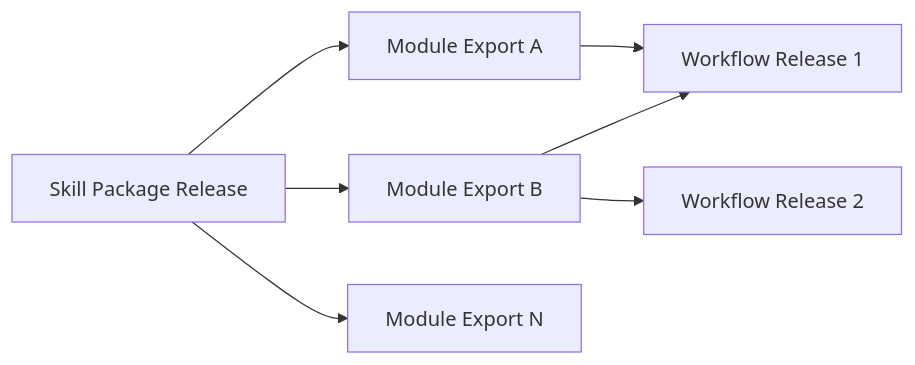
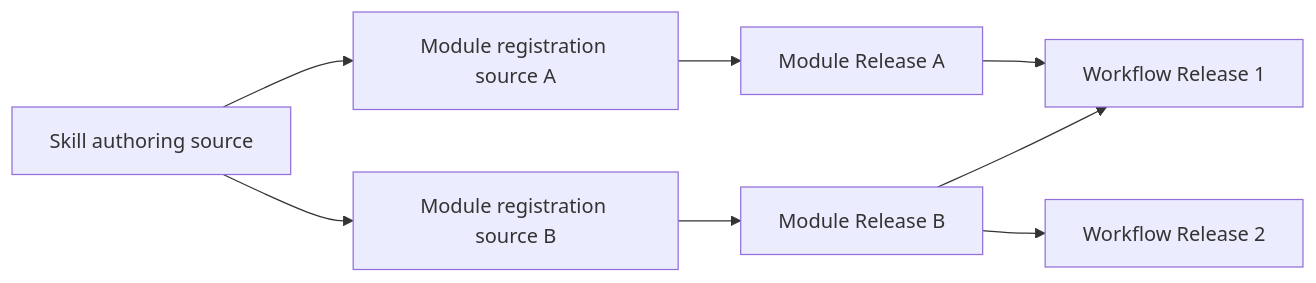
Before and after one commit to bobaoai/agent_runtime: the second of 5 diagrams in src/agent_runtime/design_contract/agent_runtime_00_execution_charter.md, drawn with Mermaid. The commit also changed other lines of this file and 62 other files, not shown here.

````diff
--- a/src/agent_runtime/design_contract/agent_runtime_00_execution_charter.md
+++ b/src/agent_runtime/design_contract/agent_runtime_00_execution_charter.md
@@ -157,9 +158,10 @@
 ```mermaid
 flowchart LR
-    SKILL["Skill Package Release"] --> M1["Module Export A"]
-    SKILL --> M2["Module Export B"]
-    SKILL --> M3["Module Export N"]
+    SKILL["Skill authoring source"] --> S1["Module registration source A"]
+    SKILL --> S2["Module registration source B"]
+    S1 --> M1["Module Release A"]
+    S2 --> M2["Module Release B"]
     M1 --> WF1["Workflow Release 1"]
     M2 --> WF1
     M2 --> WF2["Workflow Release 2"]
 ```
````
